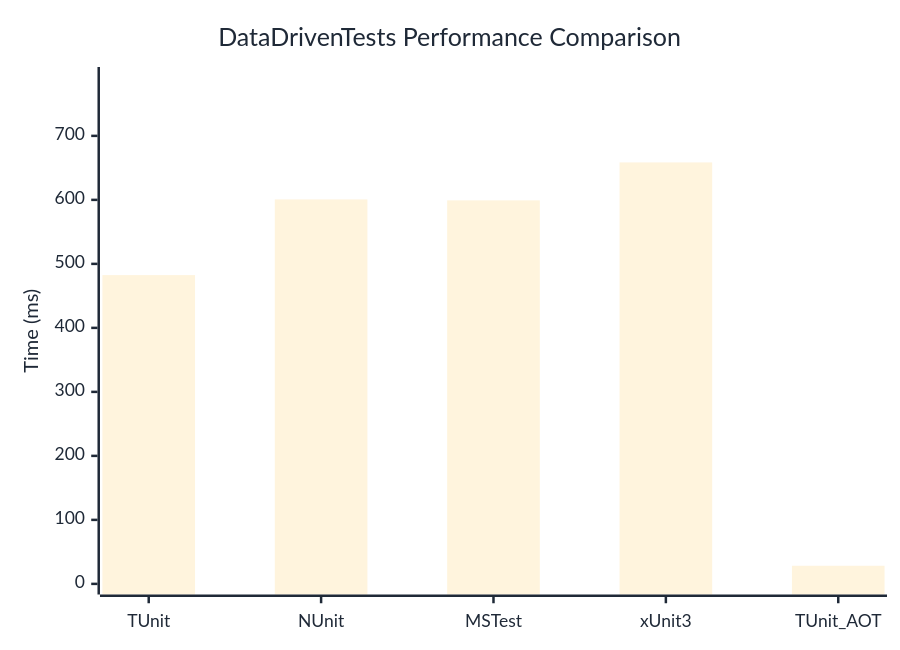
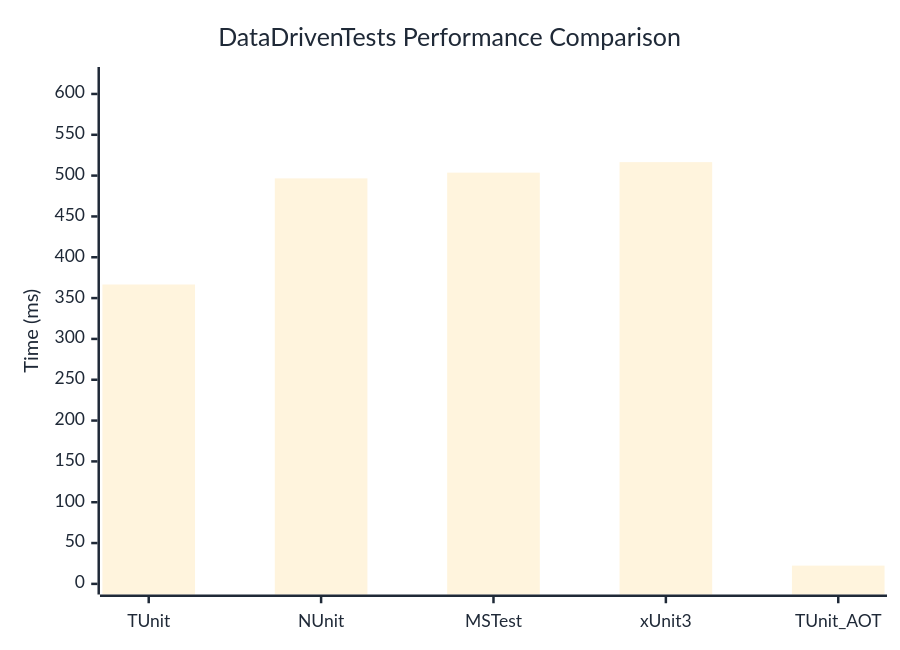
Before and after one commit to thomhurst/TUnit: the diagram in docs/docs/benchmarks/DataDrivenTests.md, drawn with Mermaid. The commit also changed other lines of this file and 17 other files, not shown here.

````diff
--- a/docs/docs/benchmarks/DataDrivenTests.md
+++ b/docs/docs/benchmarks/DataDrivenTests.md
@@ -27,37 +27,37 @@
 ```mermaid
 %%{init: {
   'theme':'base',
   'themeVariables': {
     'primaryColor': '#2563eb',
     'primaryTextColor': '#1f2937',
     'primaryBorderColor': '#1e40af',
     'lineColor': '#6b7280',
     'secondaryColor': '#7c3aed',
     'tertiaryColor': '#dc2626',
     'background': '#ffffff',
     'mainBkg': '#2563eb',
     'secondBkg': '#7c3aed',
     'tertiaryBkg': '#dc2626',
     'clusterBkg': '#f3f4f6',
     'edgeLabelBackground': '#ffffff',
     'tertiaryTextColor': '#1f2937',
     'pie1': '#2563eb',
     'pie2': '#7c3aed',
     'pie3': '#dc2626',
     'pie4': '#f59e0b',
     'pie5': '#10b981',
     'pie6': '#06b6d4',
     'pie7': '#ec4899',
     'pie8': '#6366f1',
     'pie9': '#84cc16',
     'pie10': '#f97316',
     'pie11': '#14b8a6',
     'pie12': '#a855f7'
   }
 }}%%
 xychart-beta
   title "DataDrivenTests Performance Comparison"
   x-axis ["TUnit", "NUnit", "MSTest", "xUnit3", "TUnit_AOT"]
-  y-axis "Time (ms)" 0 --> 791
-  bar [482.46, 600.7, 599.21, 658.53, 28.32]
+  y-axis "Time (ms)" 0 --> 620
+  bar [366.65, 496.6, 503.63, 516.5, 22.37]
 ```
````
